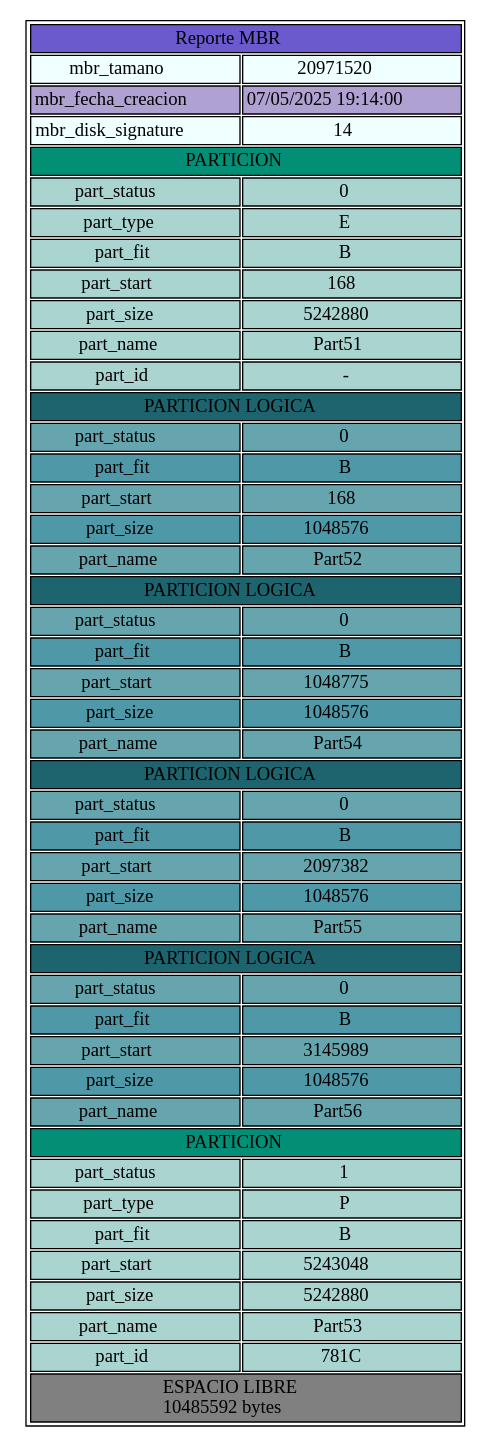
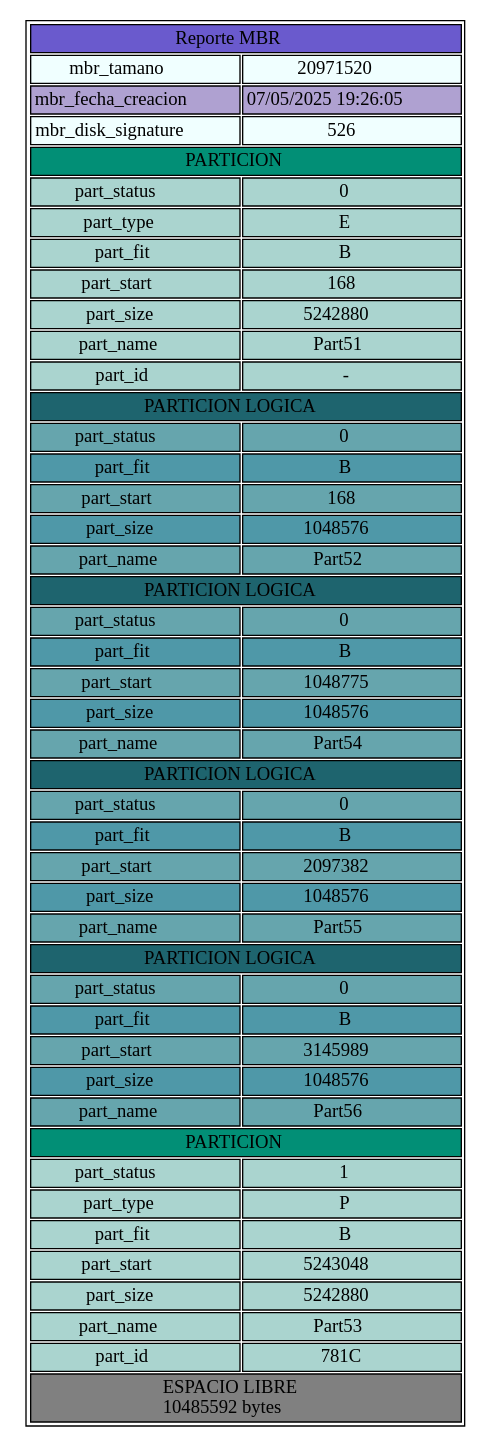
Before and after one commit to YairCarrito45/MIA-P2: the diagram in Backend/home/yair/Calificacion_MIA/Reportes/p1_r6_mbr.dot, drawn with Graphviz. The commit also changed 23 other files, not shown here.

```diff
--- a/Backend/home/yair/Calificacion_MIA/Reportes/p1_r6_mbr.dot
+++ b/Backend/home/yair/Calificacion_MIA/Reportes/p1_r6_mbr.dot
@@ -1,177 +1,177 @@
 digraph { 
 node [ shape=none ] 
 TablaReportNodo [ label = < <table border="1"> 
  <tr>
   <td bgcolor='SlateBlue' COLSPAN="2"> Reporte MBR </td> 
  </tr> 
  <tr>
   <td bgcolor='Azure'> mbr_tamano </td> 
   <td bgcolor='Azure'> 20971520 </td> 
  </tr> 
  <tr>
   <td bgcolor='#AFA1D1'> mbr_fecha_creacion </td> 
-  <td bgcolor='#AFA1D1'> 07/05/2025 19:14:00 </td> 
+  <td bgcolor='#AFA1D1'> 07/05/2025 19:26:05 </td> 
  </tr> 
  <tr>
   <td bgcolor='Azure'> mbr_disk_signature </td> 
-  <td bgcolor='Azure'> 14 </td> 
+  <td bgcolor='Azure'> 526 </td> 
  </tr>  
  <tr>
  <td bgcolor='#028f76' COLSPAN="2"> PARTICION </td> 
  </tr> 
  <tr>
  <td bgcolor='#aad4cf'> part_status </td> 
  <td bgcolor='#aad4cf'> 0 </td> 
  </tr> 
  <tr>
  <td bgcolor='#aad4cf'> part_type </td> 
  <td bgcolor='#aad4cf'> E </td> 
  </tr> 
  <tr>
  <td bgcolor='#aad4cf'> part_fit </td> 
  <td bgcolor='#aad4cf'> B </td> 
  </tr> 
  <tr>
  <td bgcolor='#aad4cf'> part_start </td> 
  <td bgcolor='#aad4cf'> 168 </td> 
  </tr> 
  <tr>
  <td bgcolor='#aad4cf'> part_size </td> 
  <td bgcolor='#aad4cf'> 5242880 </td> 
  </tr> 
  <tr>
  <td bgcolor='#aad4cf'> part_name </td> 
  <td bgcolor='#aad4cf'> Part51 </td> 
  </tr> 
  <tr>
  <td bgcolor='#aad4cf'> part_id </td> 
  <td bgcolor='#aad4cf'> - </td> 
  </tr> 
  <tr>
  <td bgcolor='#1e646e' COLSPAN="2"> PARTICION LOGICA </td> 
  </tr> 
  <tr>
  <td bgcolor='#66a5ad'> part_status </td> 
  <td bgcolor='#66a5ad'> 0 </td> 
  </tr> 
  <tr>
  <td bgcolor='#4f98a8'> part_fit </td> 
  <td bgcolor='#4f98a8'> B </td> 
  </tr> 
  <tr>
  <td bgcolor='#66a5ad'> part_start </td> 
  <td bgcolor='#66a5ad'> 168 </td> 
  </tr> 
  <tr>
  <td bgcolor='#4f98a8'> part_size </td> 
  <td bgcolor='#4f98a8'> 1048576 </td> 
  </tr> 
  <tr>
  <td bgcolor='#66a5ad'> part_name </td> 
  <td bgcolor='#66a5ad'> Part52 </td> 
  </tr> 
  <tr>
  <td bgcolor='#1e646e' COLSPAN="2"> PARTICION LOGICA </td> 
  </tr> 
  <tr>
  <td bgcolor='#66a5ad'> part_status </td> 
  <td bgcolor='#66a5ad'> 0 </td> 
  </tr> 
  <tr>
  <td bgcolor='#4f98a8'> part_fit </td> 
  <td bgcolor='#4f98a8'> B </td> 
  </tr> 
  <tr>
  <td bgcolor='#66a5ad'> part_start </td> 
  <td bgcolor='#66a5ad'> 1048775 </td> 
  </tr> 
  <tr>
  <td bgcolor='#4f98a8'> part_size </td> 
  <td bgcolor='#4f98a8'> 1048576 </td> 
  </tr> 
  <tr>
  <td bgcolor='#66a5ad'> part_name </td> 
  <td bgcolor='#66a5ad'> Part54 </td> 
  </tr> 
  <tr>
  <td bgcolor='#1e646e' COLSPAN="2"> PARTICION LOGICA </td> 
  </tr> 
  <tr>
  <td bgcolor='#66a5ad'> part_status </td> 
  <td bgcolor='#66a5ad'> 0 </td> 
  </tr> 
  <tr>
  <td bgcolor='#4f98a8'> part_fit </td> 
  <td bgcolor='#4f98a8'> B </td> 
  </tr> 
  <tr>
  <td bgcolor='#66a5ad'> part_start </td> 
  <td bgcolor='#66a5ad'> 2097382 </td> 
  </tr> 
  <tr>
  <td bgcolor='#4f98a8'> part_size </td> 
  <td bgcolor='#4f98a8'> 1048576 </td> 
  </tr> 
  <tr>
  <td bgcolor='#66a5ad'> part_name </td> 
  <td bgcolor='#66a5ad'> Part55 </td> 
  </tr> 
  <tr>
  <td bgcolor='#1e646e' COLSPAN="2"> PARTICION LOGICA </td> 
  </tr> 
  <tr>
  <td bgcolor='#66a5ad'> part_status </td> 
  <td bgcolor='#66a5ad'> 0 </td> 
  </tr> 
  <tr>
  <td bgcolor='#4f98a8'> part_fit </td> 
  <td bgcolor='#4f98a8'> B </td> 
  </tr> 
  <tr>
  <td bgcolor='#66a5ad'> part_start </td> 
  <td bgcolor='#66a5ad'> 3145989 </td> 
  </tr> 
  <tr>
  <td bgcolor='#4f98a8'> part_size </td> 
  <td bgcolor='#4f98a8'> 1048576 </td> 
  </tr> 
  <tr>
  <td bgcolor='#66a5ad'> part_name </td> 
  <td bgcolor='#66a5ad'> Part56 </td> 
  </tr> 
  <tr>
  <td bgcolor='#028f76' COLSPAN="2"> PARTICION </td> 
  </tr> 
  <tr>
  <td bgcolor='#aad4cf'> part_status </td> 
  <td bgcolor='#aad4cf'> 1 </td> 
  </tr> 
  <tr>
  <td bgcolor='#aad4cf'> part_type </td> 
  <td bgcolor='#aad4cf'> P </td> 
  </tr> 
  <tr>
  <td bgcolor='#aad4cf'> part_fit </td> 
  <td bgcolor='#aad4cf'> B </td> 
  </tr> 
  <tr>
  <td bgcolor='#aad4cf'> part_start </td> 
  <td bgcolor='#aad4cf'> 5243048 </td> 
  </tr> 
  <tr>
  <td bgcolor='#aad4cf'> part_size </td> 
  <td bgcolor='#aad4cf'> 5242880 </td> 
  </tr> 
  <tr>
  <td bgcolor='#aad4cf'> part_name </td> 
  <td bgcolor='#aad4cf'> Part53 </td> 
  </tr> 
  <tr>
  <td bgcolor='#aad4cf'> part_id </td> 
  <td bgcolor='#aad4cf'> 781C </td> 
  </tr> 
  <tr>
  <td bgcolor='#808080' COLSPAN="2"> ESPACIO LIBRE <br/> 10485592 bytes </td> 
  </tr> 
 </table> > ]
 }
```
